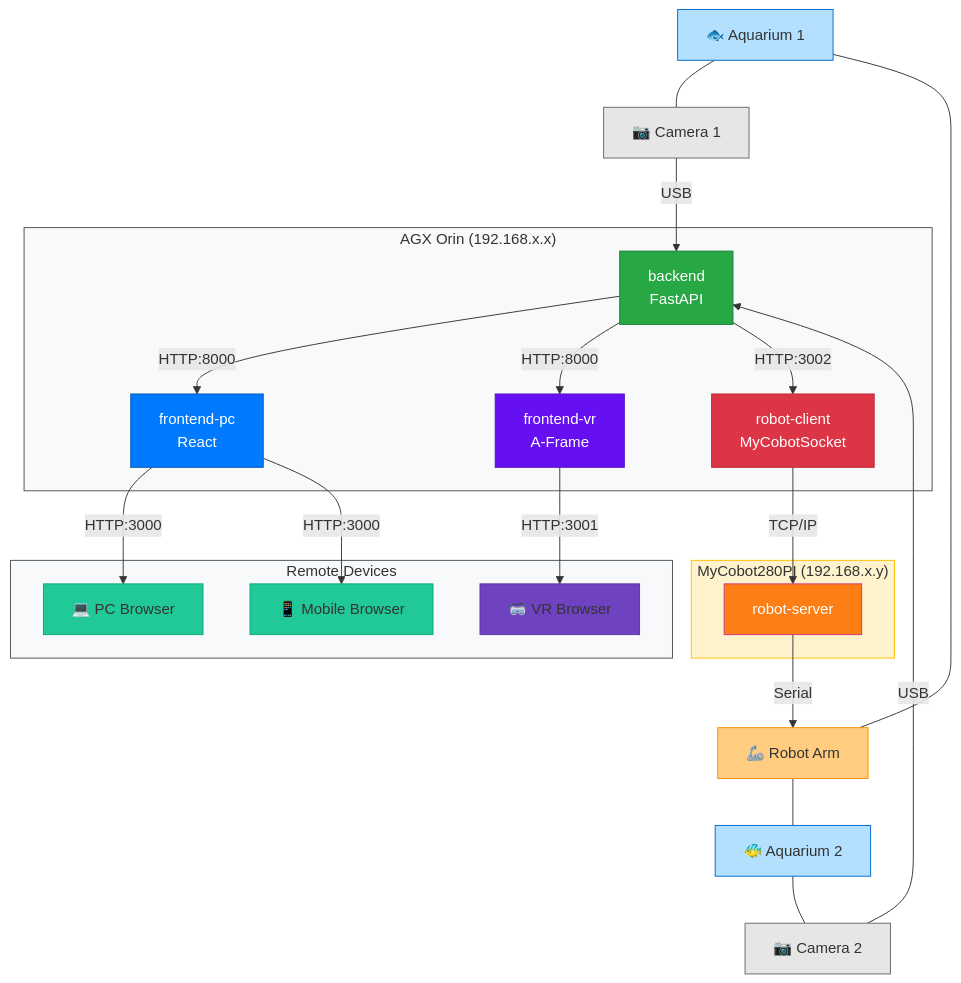
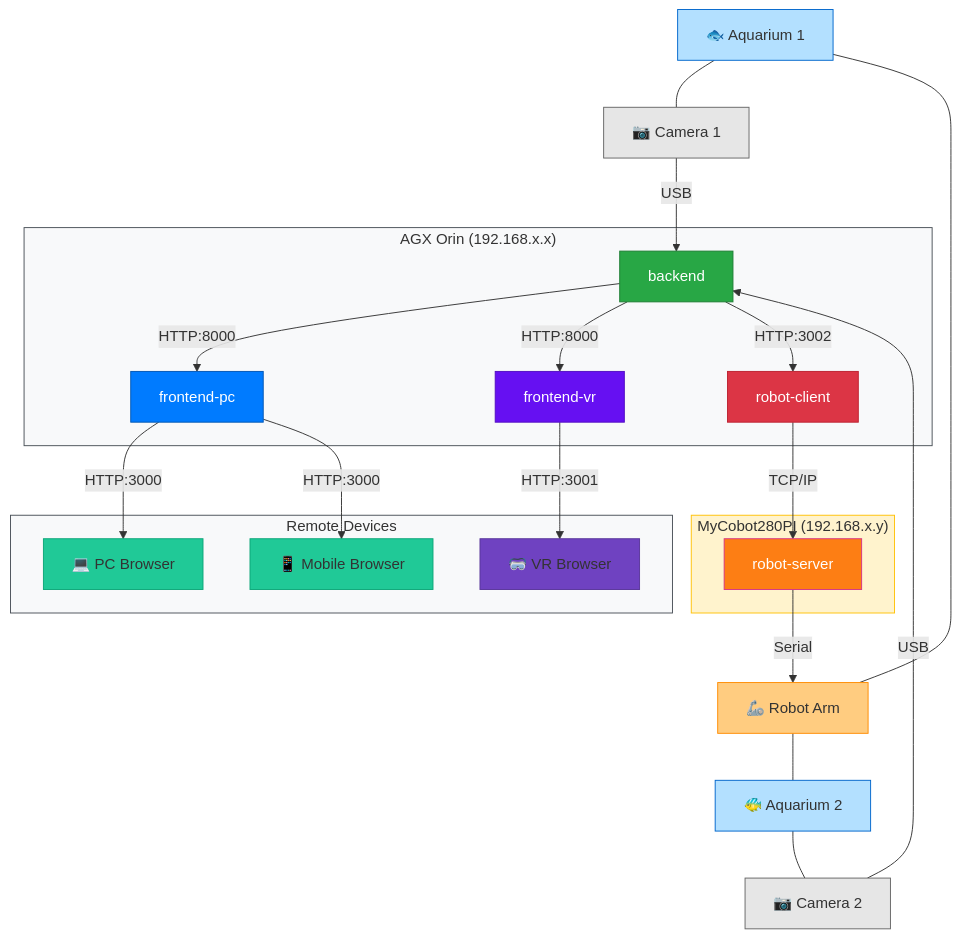
The diagram in README.md (hu-po/aquarius), drawn with Mermaid before and after one commit.

````diff
--- a/README.md
+++ b/README.md
@@ -33,59 +33,59 @@
 ```mermaid
 flowchart TB
     aquarium1["🐟 Aquarium 1"]--- camera1["📷 Camera 1"]
     aquarium2["🐠 Aquarium 2"]--- camera2["📷 Camera 2"]
     robot_arm["🦾 Robot Arm"] --- aquarium1
     robot_arm --- aquarium2
     
     subgraph Edge["AGX Orin (192.168.x.x)"]
-        backend["backend\n FastAPI"]
-        fe_pc["frontend-pc\n React"]
-        fe_vr["frontend-vr\n A-Frame"]
-        robot_client["robot-client\nMyCobotSocket"]
+        backend["backend"]
+        fe_pc["frontend-pc"]
+        fe_vr["frontend-vr"]
+        robot_client["robot-client"]
         backend -- "HTTP:8000" --> fe_pc
         backend -- "HTTP:8000" --> fe_vr
         backend -- "HTTP:3002" --> robot_client
     end
     
     subgraph Robot["MyCobot280PI (192.168.x.y)"]
         robot_server["robot-server"]
     end
     
     subgraph Remote_Devices["Remote Devices"]
         pc["💻 PC Browser"]
         vr["🥽 VR Browser"]
         phone["📱 Mobile Browser"]
     end
     
     camera1 -- "USB" --> backend
     camera2 -- "USB" --> backend
     fe_pc -- "HTTP:3000" --> pc
     fe_pc -- "HTTP:3000" --> phone
     fe_vr -- "HTTP:3001" --> vr
     robot_client -- "TCP/IP" --> robot_server
     robot_server -- "Serial" --> robot_arm
 
     %% Hardware components
     style aquarium1 fill:#b3e0ff,stroke:#0066cc
     style aquarium2 fill:#b3e0ff,stroke:#0066cc
     style camera1 fill:#e6e6e6,stroke:#666666
     style camera2 fill:#e6e6e6,stroke:#666666
     style robot_arm fill:#ffcc80,stroke:#ff8c00
 
     %% Edge computing node
     style Edge fill:#f8f9fa,stroke:#495057
     style backend fill:#28a745,stroke:#1e7e34,color:#ffffff
     style fe_pc fill:#007bff,stroke:#0056b3,color:#ffffff
     style fe_vr fill:#6610f2,stroke:#520dc2,color:#ffffff
     style robot_client fill:#dc3545,stroke:#bd2130,color:#ffffff
 
     %% Robot node
     style Robot fill:#fff3cd,stroke:#ffc107
     style robot_server fill:#fd7e14,stroke:#d63384,color:#ffffff
 
     %% Client devices
     style Remote_Devices fill:#f8f9fa,stroke:#495057
     style pc fill:#20c997,stroke:#0ca678
     style vr fill:#6f42c1,stroke:#59359a
     style phone fill:#20c997,stroke:#0ca678
 ```
````
